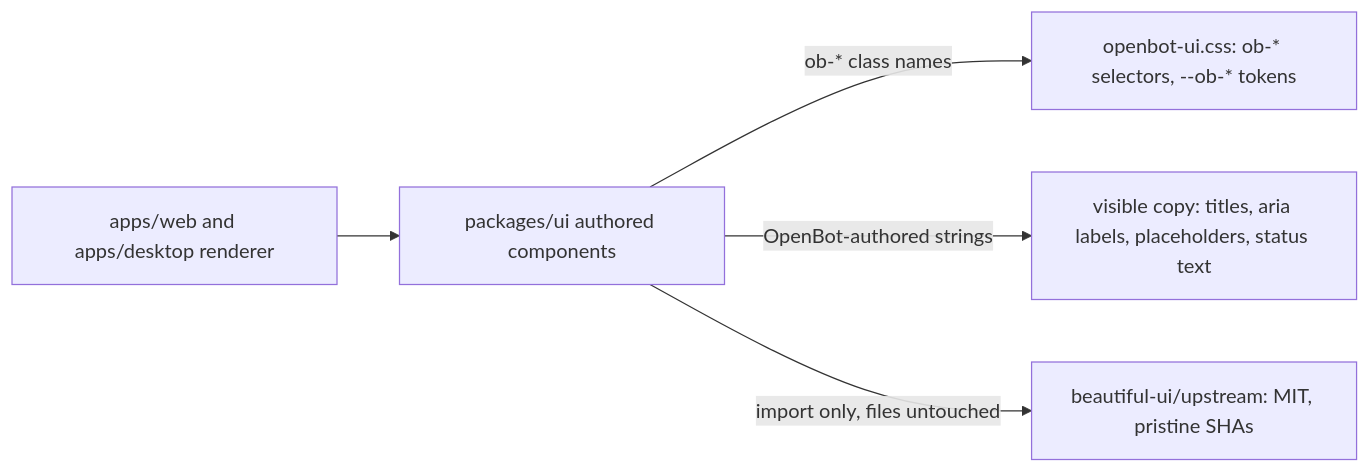
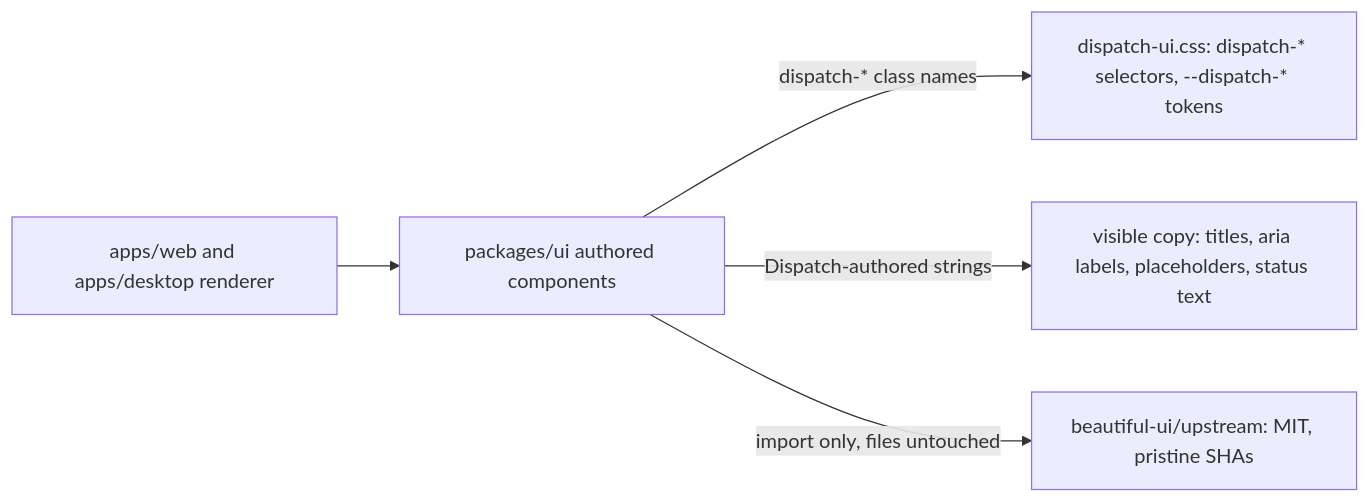
One commit to trytilde/dispatch changed the diagram in docs/updates/49.md. Above: the diagram before and after it, drawn with Mermaid. The commit also changed other lines of this file and 668 other files, not shown here.

````diff
--- a/docs/updates/49.md
+++ b/docs/updates/49.md
@@ -14,7 +14,7 @@
 ```mermaid
 flowchart LR
   A["apps/web and apps/desktop renderer"] --> U["packages/ui authored components"]
-  U -->|"ob-* class names"| S["openbot-ui.css: ob-* selectors, --ob-* tokens"]
-  U -->|"OpenBot-authored strings"| C["visible copy: titles, aria labels, placeholders, status text"]
+  U -->|"dispatch-* class names"| S["dispatch-ui.css: dispatch-* selectors, --dispatch-* tokens"]
+  U -->|"Dispatch-authored strings"| C["visible copy: titles, aria labels, placeholders, status text"]
   U -->|"import only, files untouched"| V["beautiful-ui/upstream: MIT, pristine SHAs"]
 ```
````
